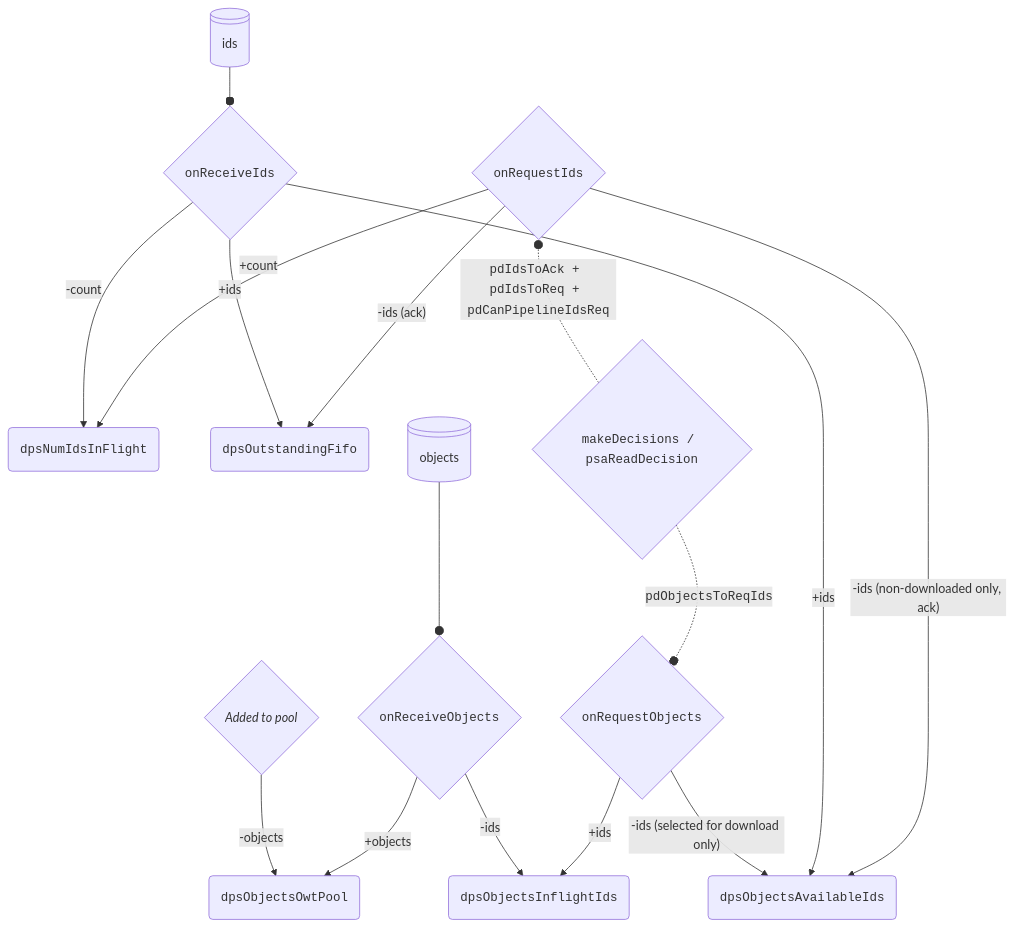
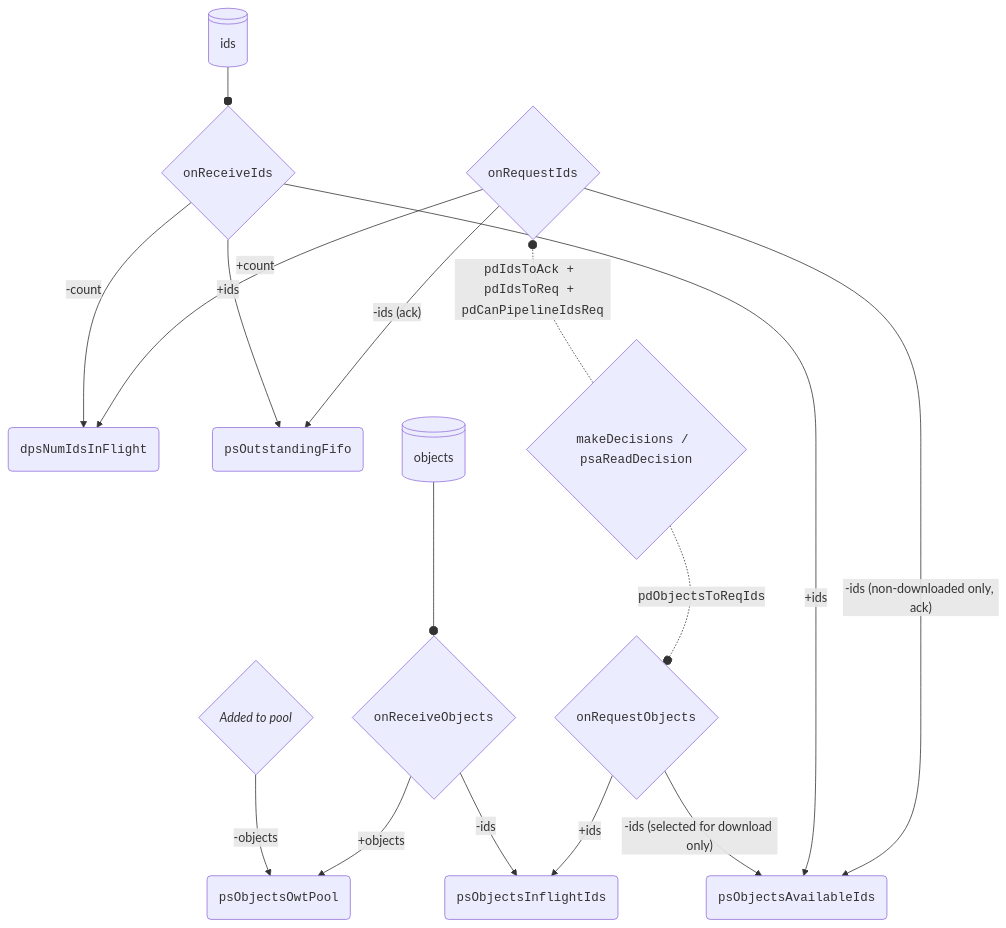
One commit to IntersectMBO/ouroboros-consensus changed the diagram in ouroboros-consensus/src/ouroboros-consensus/Ouroboros/Consensus/MiniProtocol/ObjectDiffusion/Inbound/V2.md. Above: the diagram before and after it, drawn with Mermaid. The commit also changed other lines of this file and 6 other files, not shown here.

````diff
--- a/ouroboros-consensus/src/ouroboros-consensus/Ouroboros/Consensus/MiniProtocol/ObjectDiffusion/Inbound/V2.md
+++ b/ouroboros-consensus/src/ouroboros-consensus/Ouroboros/Consensus/MiniProtocol/ObjectDiffusion/Inbound/V2.md
@@ -71,38 +71,38 @@
 ```mermaid
 %%{init: {"flowchart": {"htmlLabels": true}} }%%
 flowchart TD
     A(<code>dpsNumIdsInFlight</code>)
-    B(<code>dpsOutstandingFifo</code>)
-    C(<code>dpsObjectsAvailableIds</code>)
-    D(<code>dpsObjectsInflightIds</code>)
-    F(<code>dpsObjectsOwtPool</code>)
+    B(<code>psOutstandingFifo</code>)
+    C(<code>psObjectsAvailableIds</code>)
+    D(<code>psObjectsInflightIds</code>)
+    F(<code>psObjectsOwtPool</code>)
 
     EA{<code>onRequestIds</code>}
     EA-->|+count| A
     EA -->|"`-ids (ack)`"| B
     EA -->|"`-ids (non-downloaded only, ack)`"| C
 
     EB{<code>onReceiveIds</code>}
     EB -->|-count| A
     EB -->|+ids| B
     IN1@{ shape: lin-cyl, label: "ids" } --o EB
     EB -->|+ids| C
 
     EC{<code>onRequestObjects</code>}
     EC -->|"`-ids (selected for download only)`"| C
     EC -->|+ids| D
 
     ED{<code>onReceiveObjects</code>}
     ED -->|-ids| D
     IN2@{ shape: lin-cyl, label: "objects" } --o ED
     ED -->|+objects| F
 
     EE{<code>makeDecisions / psaReadDecision</code>}
     EA ~~~ EE
     EC ~~~ EE
     EE -.-o|<code>pdIdsToAck + pdIdsToReq + pdCanPipelineIdsReq</code>| EA
     EE -.-o|<code>pdObjectsToReqIds</code>| EC
 
     EG{<i>Added to pool</i>}
     EG -->|-objects| F
 ```
````
